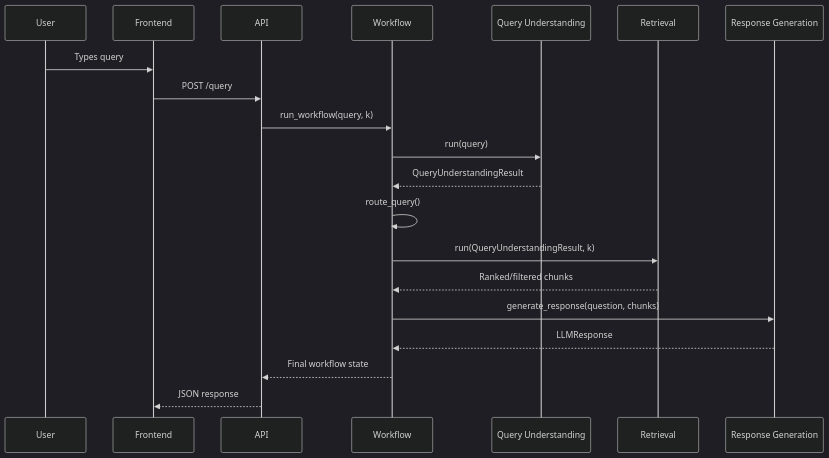
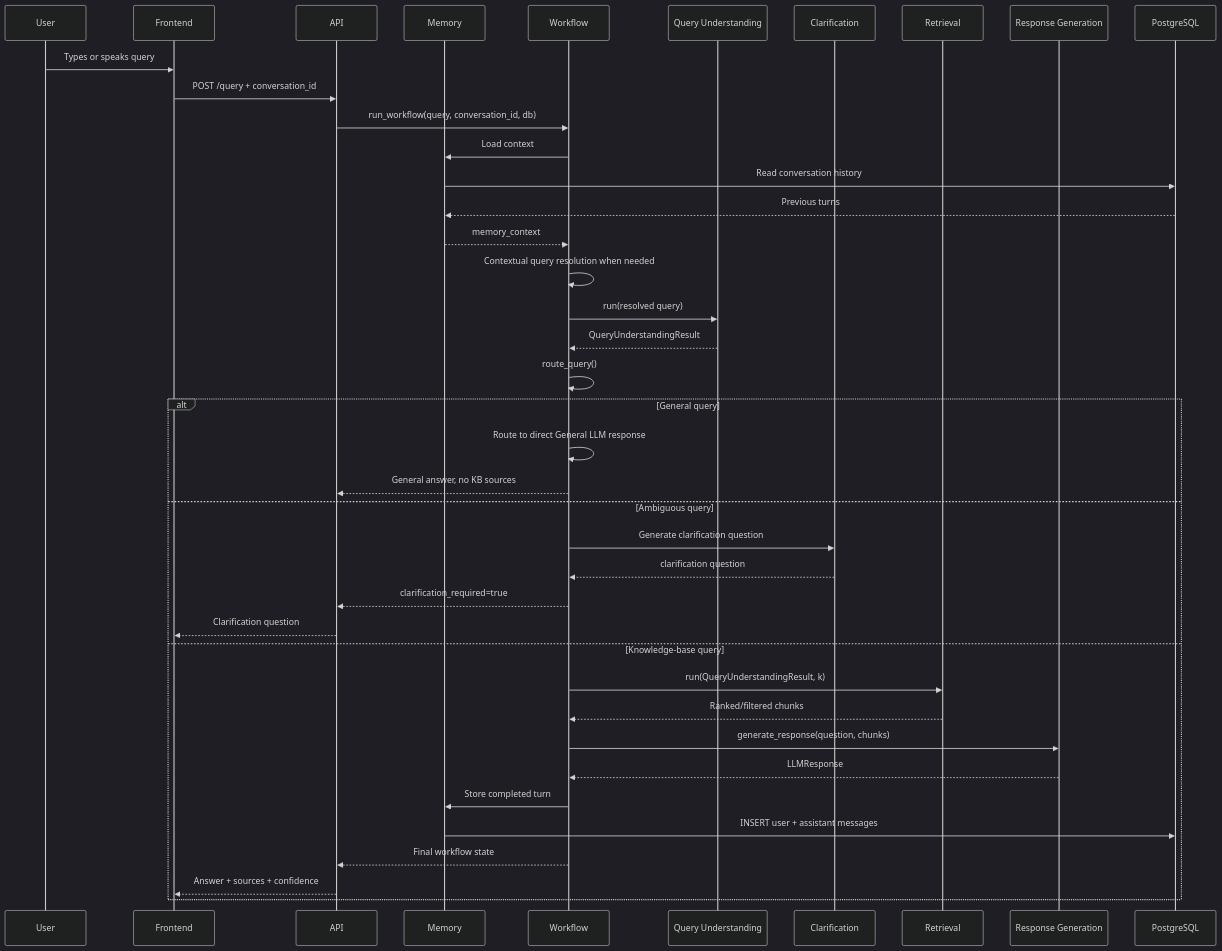
One commit to SakshiBetgeri/Development-of-AI-Based-Knowledge-Retrieval-Platform-with-Query-Resolution-System changed the fifth of 8 diagrams in PROJECT_GUIDE.md. Above: the diagram before and after it, drawn with Mermaid (dark theme). The commit also changed other lines of this file and 126 other files, not shown here.

````diff
--- a/PROJECT_GUIDE.md
+++ b/PROJECT_GUIDE.md
@@ -465,23 +890,44 @@
 ```mermaid
 sequenceDiagram
     participant User
     participant Frontend
     participant API
+    participant Memory
     participant Workflow
     participant QUA as Query Understanding
+    participant Clarification
     participant RA as Retrieval
     participant RGA as Response Generation
+    participant PostgreSQL
 
-    User->>Frontend: Types query
-    Frontend->>API: POST /query
-    API->>Workflow: run_workflow(query, k)
-    Workflow->>QUA: run(query)
+    User->>Frontend: Types or speaks query
+    Frontend->>API: POST /query + conversation_id
+    API->>Workflow: run_workflow(query, conversation_id, db)
+    Workflow->>Memory: Load context
+    Memory->>PostgreSQL: Read conversation history
+    PostgreSQL-->>Memory: Previous turns
+    Memory-->>Workflow: memory_context
+    Workflow->>Workflow: Contextual query resolution when needed
+    Workflow->>QUA: run(resolved query)
     QUA-->>Workflow: QueryUnderstandingResult
     Workflow->>Workflow: route_query()
-    Workflow->>RA: run(QueryUnderstandingResult, k)
-    RA-->>Workflow: Ranked/filtered chunks
-    Workflow->>RGA: generate_response(question, chunks)
-    RGA-->>Workflow: LLMResponse
-    Workflow-->>API: Final workflow state
-    API-->>Frontend: JSON response
+
+    alt General query
+        Workflow->>Workflow: Route to direct General LLM response
+        Workflow-->>API: General answer, no KB sources
+    else Ambiguous query
+        Workflow->>Clarification: Generate clarification question
+        Clarification-->>Workflow: clarification question
+        Workflow-->>API: clarification_required=true
+        API-->>Frontend: Clarification question
+    else Knowledge-base query
+        Workflow->>RA: run(QueryUnderstandingResult, k)
+        RA-->>Workflow: Ranked/filtered chunks
+        Workflow->>RGA: generate_response(question, chunks)
+        RGA-->>Workflow: LLMResponse
+        Workflow->>Memory: Store completed turn
+        Memory->>PostgreSQL: INSERT user + assistant messages
+        Workflow-->>API: Final workflow state
+        API-->>Frontend: Answer + sources + confidence
+    end
 ```
````
